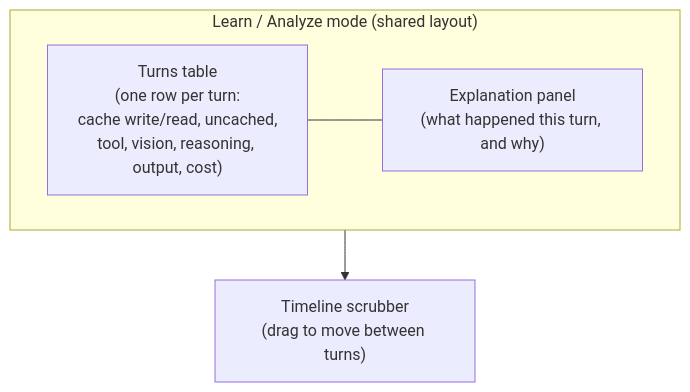
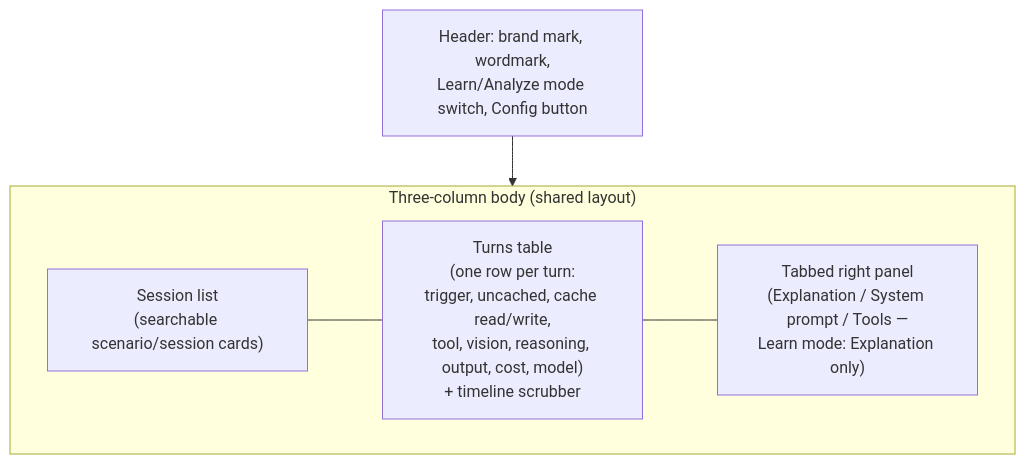
The diagram in docs/vision.md (raulkivi/gh-cp-chat-analyser), drawn with Mermaid before and after one commit. The commit also changed other lines of this file and 50 other files, not shown here.

````diff
--- a/docs/vision.md
+++ b/docs/vision.md
@@ -76,10 +76,12 @@
 ```mermaid
 flowchart TB
-    subgraph Main["Learn / Analyze mode (shared layout)"]
+    Header["Header: brand mark, wordmark,<br/>Learn/Analyze mode switch, Config button"]
+    Header --> Main
+    subgraph Main["Three-column body (shared layout)"]
         direction LR
-        Left["Turns table<br/>(one row per turn:<br/>cache write/read, uncached,<br/>tool, vision, reasoning, output, cost)"]
-        Right["Explanation panel<br/>(what happened this turn, and why)"]
-        Left --- Right
+        List["Session list<br/>(searchable scenario/session cards)"]
+        Center["Turns table<br/>(one row per turn:<br/>trigger, uncached, cache read/write,<br/>tool, vision, reasoning, output, cost, model)<br/>+ timeline scrubber"]
+        Right["Tabbed right panel<br/>(Explanation / System prompt / Tools —<br/>Learn mode: Explanation only)"]
+        List --- Center --- Right
     end
-    Main --> Slider["Timeline scrubber<br/>(drag to move between turns)"]
 ```
````
